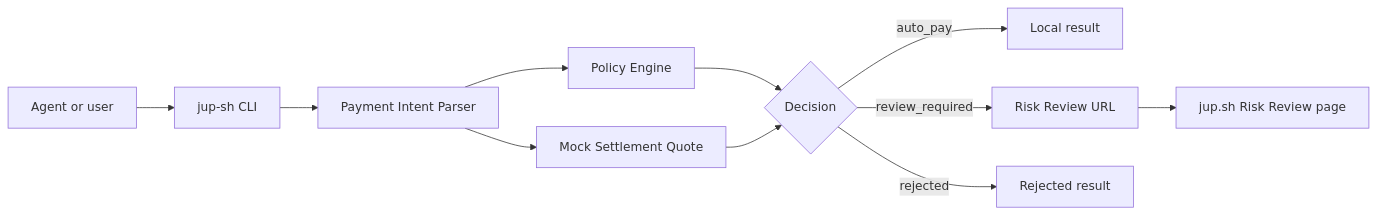
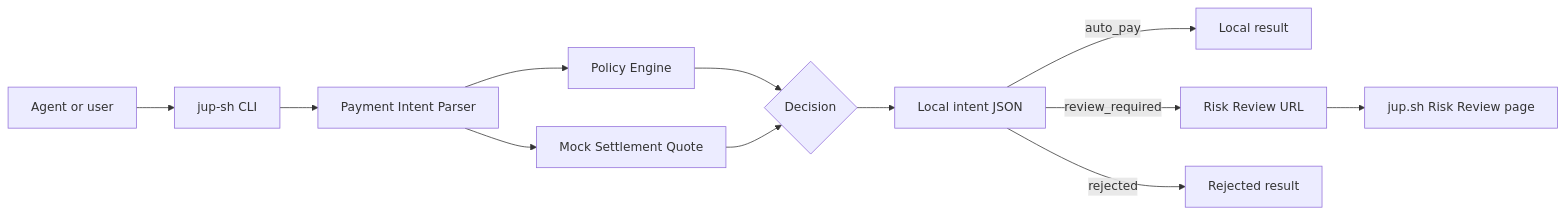
One commit to SovereignCrush/jup changed the first of 2 diagrams in docs/cli-technical-design.md. Above: the diagram before and after it, drawn with Mermaid. The commit also changed other lines of this file and 3 other files, not shown here.

````diff
--- a/docs/cli-technical-design.md
+++ b/docs/cli-technical-design.md
@@ -69,13 +69,14 @@
 ```mermaid
 flowchart LR
   A[Agent or user] --> B[jup-sh CLI]
   B --> C[Payment Intent Parser]
   C --> D[Policy Engine]
   C --> E[Mock Settlement Quote]
   D --> F{Decision}
   E --> F
-  F -->|auto_pay| G[Local result]
-  F -->|review_required| H[Risk Review URL]
-  F -->|rejected| I[Rejected result]
-  H --> J[jup.sh Risk Review page]
+  F --> G[Local intent JSON]
+  G -->|auto_pay| H[Local result]
+  G -->|review_required| I[Risk Review URL]
+  G -->|rejected| J[Rejected result]
+  I --> K[jup.sh Risk Review page]
 ```
````
